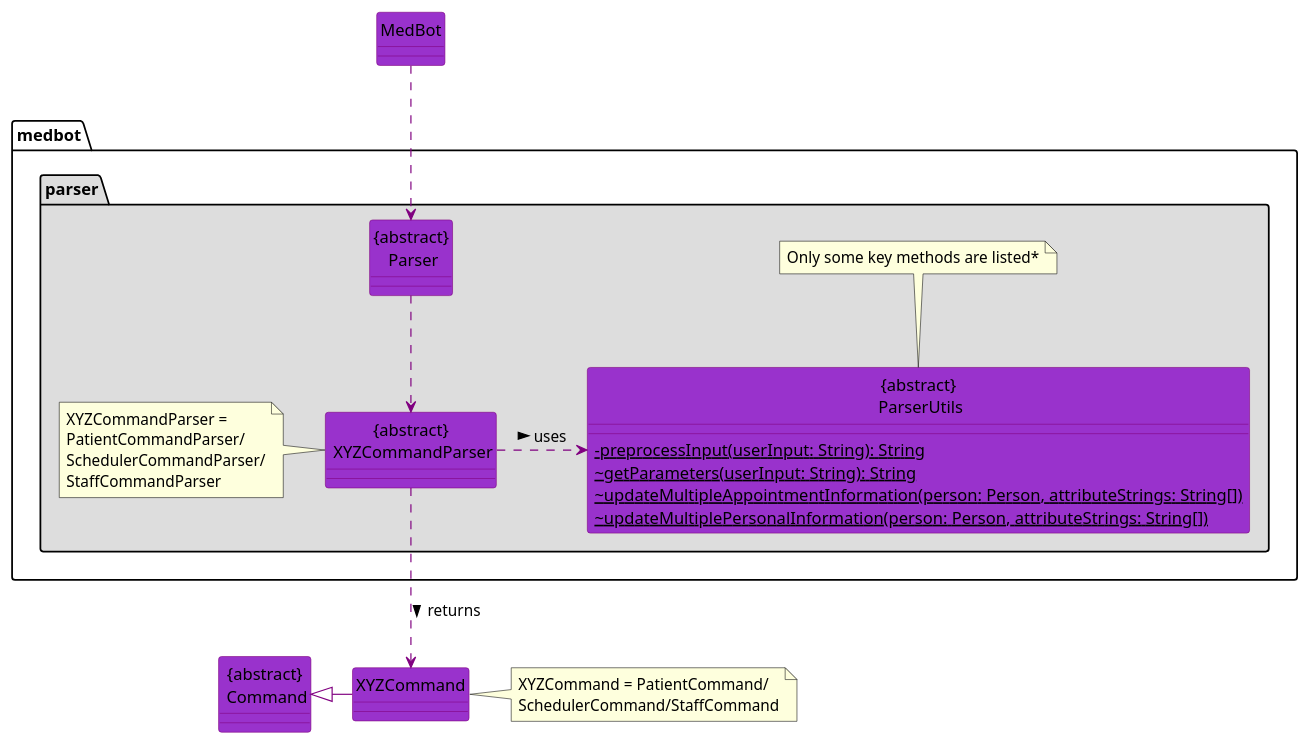
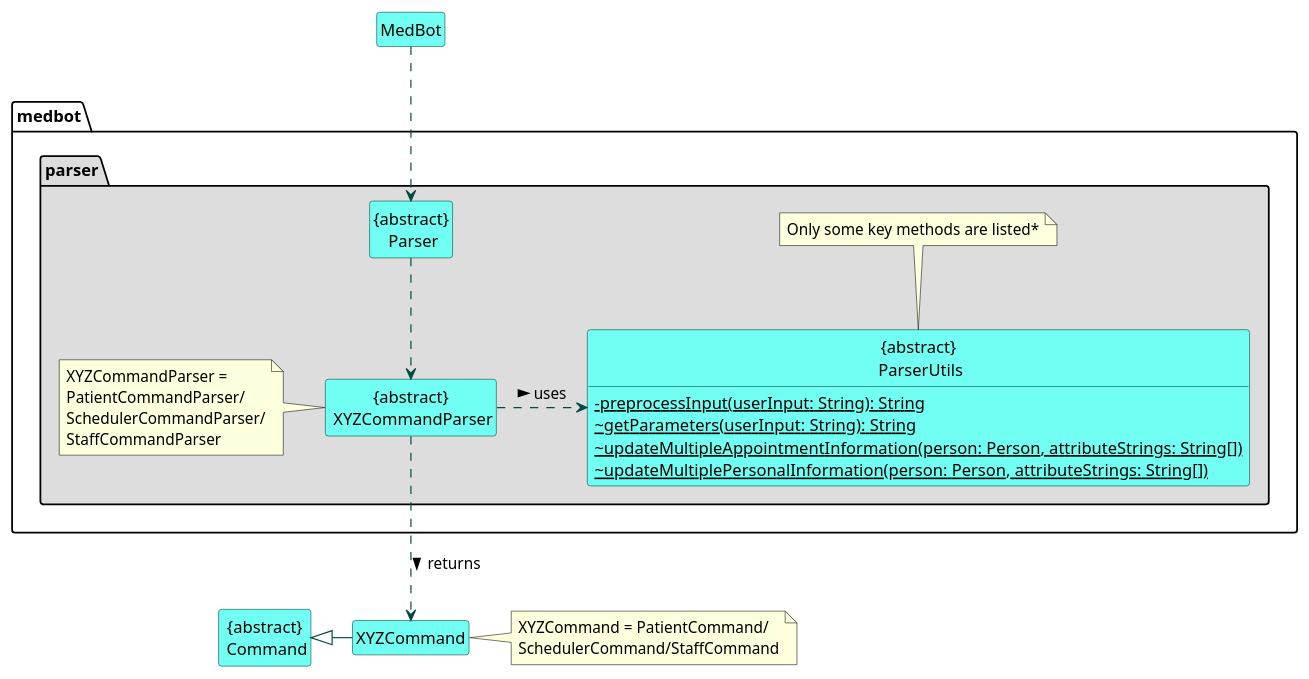
One commit to nus-cs2113-AY2122S1/tp changed the diagram in docs/diagrams/pumlfiles/ParserClassDiagram.puml. Above: the diagram before and after it, drawn with PlantUML. The commit also changed 15 other files, not shown here.

```diff
--- a/docs/diagrams/pumlfiles/ParserClassDiagram.puml
+++ b/docs/diagrams/pumlfiles/ParserClassDiagram.puml
@@ -1,36 +1,38 @@
 @startuml
 'https://plantuml.com/class-diagram
+' @@author Kureans
 
 hide circle
+hide empty members
 skinparam classAttributeIconSize 0
 skinparam class {
-BackgroundColor DarkOrchid
-ArrowColor Purple
-BorderColor Purple
+BackgroundColor #72FFF3
+ArrowColor #004C41
+BorderColor #004C41
 }
 package medbot.parser #DDDDDD {
 class "{abstract}\n Parser"
 class "{abstract}\n XYZCommandParser"
 class "{abstract}\n ParserUtils" {
     {static} -preprocessInput(userInput: String): String
     {static} ~getParameters(userInput: String): String
     {static} ~updateMultipleAppointmentInformation(person: Person, attributeStrings: String[])
     {static} ~updateMultiplePersonalInformation(person: Person, attributeStrings: String[])
 }
 
 "{abstract}\n Parser" ..> "{abstract}\n XYZCommandParser"
 "{abstract}\n XYZCommandParser" .> "{abstract}\n ParserUtils" : > uses
 
 note left of "{abstract}\n XYZCommandParser" : XYZCommandParser =\nPatientCommandParser/\nSchedulerCommandParser/\nStaffCommandParser
 note top of "{abstract}\n ParserUtils" : Only some key methods are listed*
 }
 
 class "{abstract}\n Command"
 
 "{abstract}\n Parser" <.up.MedBot
 "{abstract}\n Command" <|- XYZCommand
 "{abstract}\n XYZCommandParser" ..> XYZCommand :  > returns
 
 note right of XYZCommand : XYZCommand = PatientCommand/\nSchedulerCommand/StaffCommand
 
 @enduml
```
